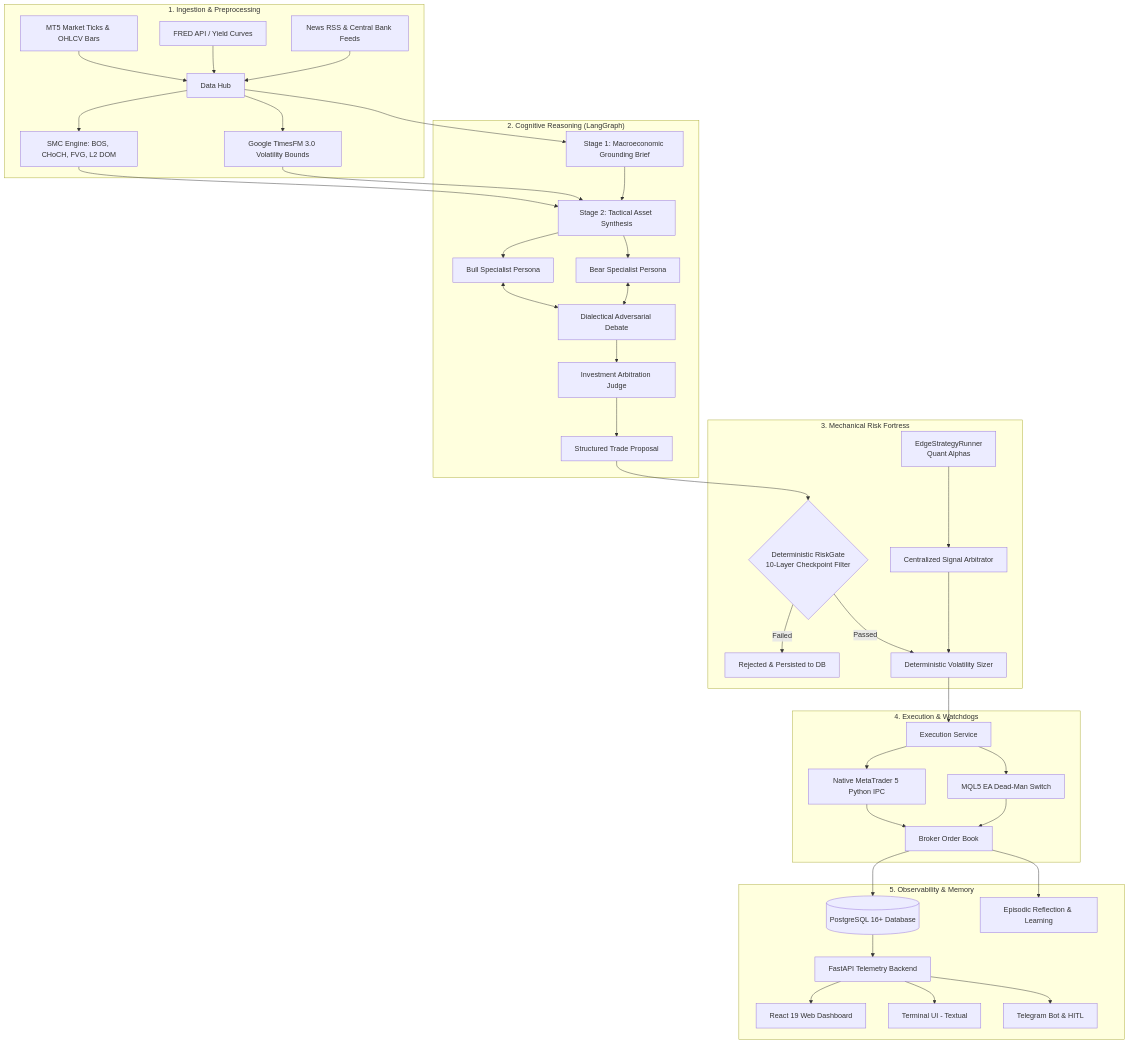
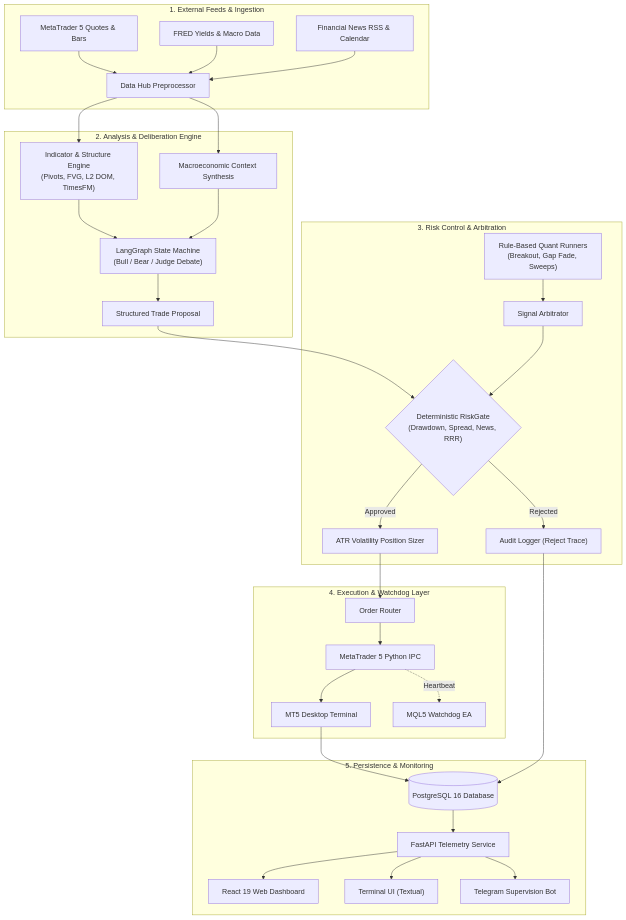
The third of 3 diagrams in README.md (alakbarr/Monika), drawn with Mermaid before and after one commit. The commit also changed other lines of this file, not shown here.

````diff
--- a/README.md
+++ b/README.md
@@ -318,48 +312,45 @@
 ```mermaid
 flowchart TD
-    subgraph S1_Perception ["1. Ingestion & Preprocessing"]
-        Ticks[MT5 Market Ticks & OHLCV Bars] --> DataHub[Data Hub]
-        Macro[FRED API / Yield Curves] --> DataHub
-        News[News RSS & Central Bank Feeds] --> DataHub
-        DataHub --> SMC_Eng[SMC Engine: BOS, CHoCH, FVG, L2 DOM]
-        DataHub --> TimesFM_Eng[Google TimesFM 3.0 Volatility Bounds]
+    subgraph S1["1. External Feeds & Ingestion"]
+        MT5_Data["MetaTrader 5 Quotes & Bars"]
+        FRED_Data["FRED Yields & Macro Data"]
+        News_Data["Financial News RSS & Calendar"]
+        DataHub["Data Hub Preprocessor"]
+        MT5_Data --> DataHub
+        FRED_Data --> DataHub
+        News_Data --> DataHub
     end
 
-    subgraph S2_Cognition ["2. Cognitive Reasoning (LangGraph)"]
-        DataHub --> S1_Macro[Stage 1: Macroeconomic Grounding Brief]
-        SMC_Eng --> S2_Asset[Stage 2: Tactical Asset Synthesis]
-        TimesFM_Eng --> S2_Asset
-        S1_Macro --> S2_Asset
-        S2_Asset --> BullAgent[Bull Specialist Persona]
-        S2_Asset --> BearAgent[Bear Specialist Persona]
-        BullAgent <--> AdversarialDebate[Dialectical Adversarial Debate]
-        BearAgent <--> AdversarialDebate
-        AdversarialDebate --> JudgeAgent[Investment Arbitration Judge]
-        JudgeAgent --> Proposal[Structured Trade Proposal]
+    subgraph S2["2. Analysis & Deliberation Engine"]
+        DataHub --> TechMath["Indicator & Structure Engine<br/>(Pivots, FVG, L2 DOM, TimesFM)"]
+        DataHub --> MacroBrief["Macroeconomic Context Synthesis"]
+        TechMath & MacroBrief --> LangGraphEngine["LangGraph State Machine<br/>(Bull / Bear / Judge Debate)"]
+        LangGraphEngine --> Proposal["Structured Trade Proposal"]
     end
 
-    subgraph S3_Fortress ["3. Mechanical Risk Fortress"]
-        Proposal --> RiskGate{Deterministic RiskGate<br/>10-Layer Checkpoint Filter}
-        QuantRunner[EdgeStrategyRunner<br/>Quant Alphas] --> SignalArb[Centralized Signal Arbitrator]
-        RiskGate -- Failed --> AuditReject[Rejected & Persisted to DB]
-        RiskGate -- Passed --> Sizer[Deterministic Volatility Sizer]
-        SignalArb --> Sizer
+    subgraph S3["3. Risk Control & Arbitration"]
+        RuleStrategies["Rule-Based Quant Runners<br/>(Breakout, Gap Fade, Sweeps)"]
+        Arbitrator["Signal Arbitrator"]
+        Proposal --> RiskGate{"Deterministic RiskGate<br/>(Drawdown, Spread, News, RRR)"}
+        RuleStrategies --> Arbitrator
+        Arbitrator --> RiskGate
+        RiskGate -- Rejected --> AuditLog["Audit Logger (Reject Trace)"]
+        RiskGate -- Approved --> Sizer["ATR Volatility Position Sizer"]
     end
 
-    subgraph S4_Execution ["4. Execution & Watchdogs"]
-        Sizer --> ExecService[Execution Service]
-        ExecService --> MT5_IPC[Native MetaTrader 5 Python IPC]
-        ExecService --> EA_Bridge[MQL5 EA Dead-Man Switch]
-        MT5_IPC --> BrokerOrder[Broker Order Book]
-        EA_Bridge --> BrokerOrder
+    subgraph S4["4. Execution & Watchdog Layer"]
+        Sizer --> OrderRouter["Order Router"]
+        OrderRouter --> MT5_Bridge["MetaTrader 5 Python IPC"]
+        MT5_Bridge --> MT5_Terminal["MT5 Desktop Terminal"]
+        MT5_Bridge -.->|Heartbeat| MQL5_EA["MQL5 Watchdog EA"]
     end
 
-    subgraph S5_Observability ["5. Observability & Memory"]
-        BrokerOrder --> Postgres[(PostgreSQL 16+ Database)]
-        Postgres --> FastAPI_Svc[FastAPI Telemetry Backend]
-        FastAPI_Svc --> WebUI[React 19 Web Dashboard]
-        FastAPI_Svc --> TUI_Cli[Terminal UI - Textual]
-        FastAPI_Svc --> TelegramDaemon[Telegram Bot & HITL]
-        BrokerOrder --> MemoryReflect[Episodic Reflection & Learning]
+    subgraph S5["5. Persistence & Monitoring"]
+        MT5_Terminal --> Postgres[("PostgreSQL 16 Database")]
+        AuditLog --> Postgres
+        Postgres --> Backend["FastAPI Telemetry Service"]
+        Backend --> WebUI["React 19 Web Dashboard"]
+        Backend --> TUI["Terminal UI (Textual)"]
+        Backend --> TelegramBot["Telegram Supervision Bot"]
     end
 ```
````
